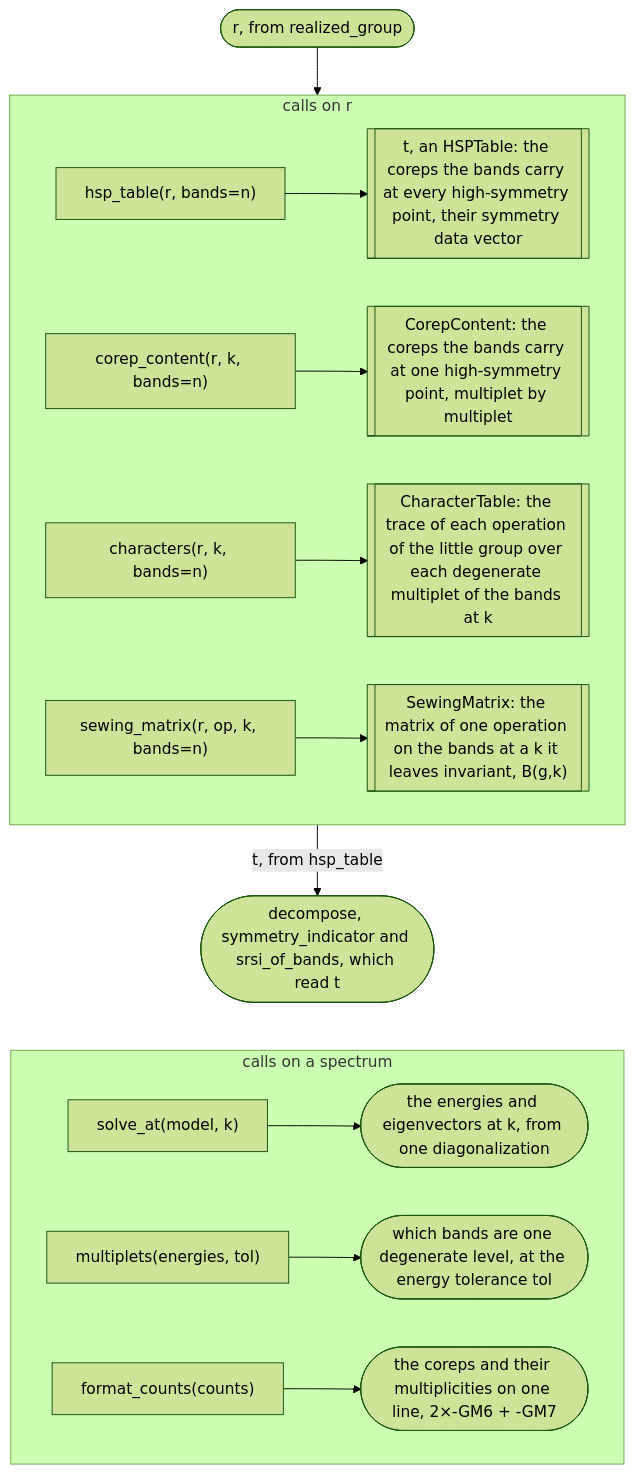
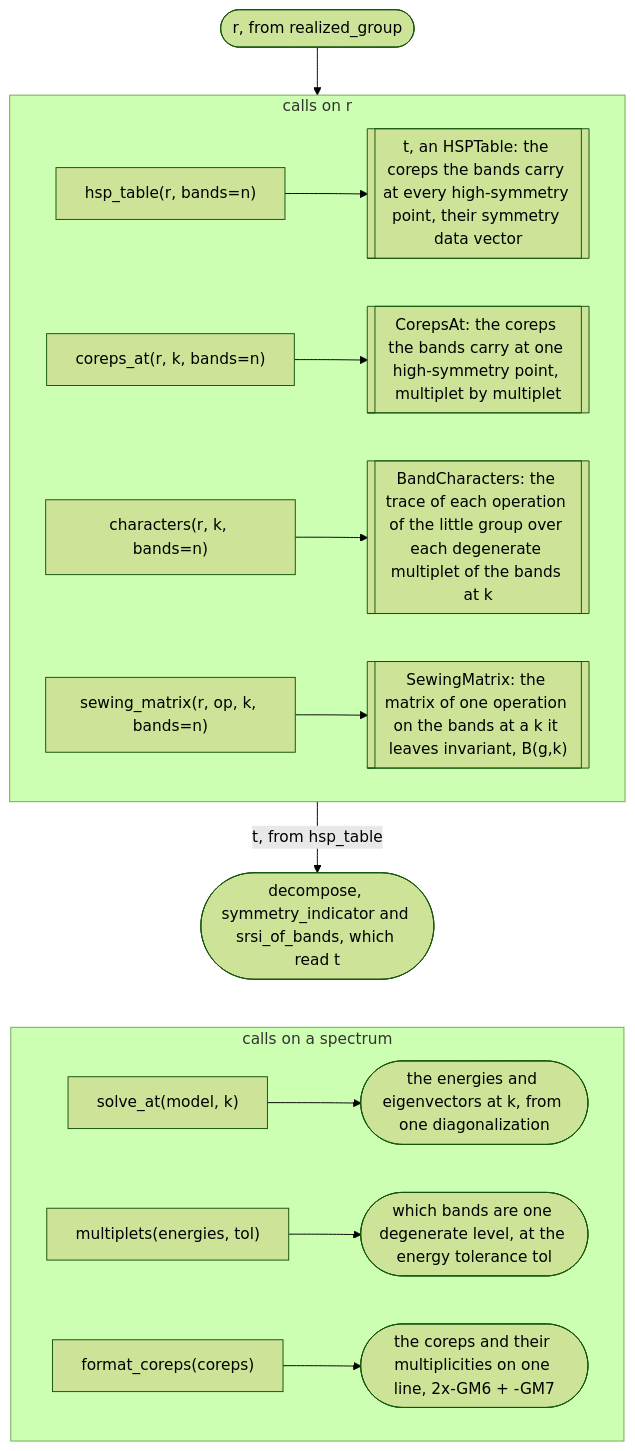
The sixth of 8 diagrams in docs/background/modules.md (bbradlyn/pythtqc), drawn with Mermaid (forest theme) before and after one commit. The commit also changed other lines of this file and 59 other files, not shown here.

First line of the commit message:
pythtqc: the bands at a k-point: coreps_at, a row for each multiplet, and a k-point by its name

````diff
--- a/docs/background/modules.md
+++ b/docs/background/modules.md
@@ -191,24 +191,24 @@
 ```mermaid
 flowchart TD
     w_rep(["r, from realized_group"])
     w_next(["decompose, symmetry_indicator and srsi_of_bands, which read t"])
 
     w_rep --> w_calls
     w_calls -- "t, from hsp_table" --> w_next
     w_next ~~~ w_tools
 
     subgraph w_calls ["calls on r"]
         direction LR
         w_ht["hsp_table(r, bands=n)"] --> w_HT[["t, an HSPTable: the coreps the bands carry at every high-symmetry point, their symmetry data vector"]]
-        w_cc["corep_content(r, k, bands=n)"] --> w_CC[["CorepContent: the coreps the bands carry at one high-symmetry point, multiplet by multiplet"]]
-        w_ch["characters(r, k, bands=n)"] --> w_CT[["CharacterTable: the trace of each operation of the little group over each degenerate multiplet of the bands at k"]]
+        w_cc["coreps_at(r, k, bands=n)"] --> w_CC[["CorepsAt: the coreps the bands carry at one high-symmetry point, multiplet by multiplet"]]
+        w_ch["characters(r, k, bands=n)"] --> w_CT[["BandCharacters: the trace of each operation of the little group over each degenerate multiplet of the bands at k"]]
         w_sm["sewing_matrix(r, op, k, bands=n)"] --> w_SM[["SewingMatrix: the matrix of one operation on the bands at a k it leaves invariant, B(g,k)"]]
     end
 
     subgraph w_tools ["calls on a spectrum"]
         direction LR
         w_solve["solve_at(model, k)"] --> w_solve_out(["the energies and eigenvectors at k, from one diagonalization"])
         w_mult["multiplets(energies, tol)"] --> w_mult_out(["which bands are one degenerate level, at the energy tolerance tol"])
-        w_fmt["format_counts(counts)"] --> w_fmt_out(["the coreps and their multiplicities on one line, 2×-GM6 + -GM7"])
+        w_fmt["format_coreps(coreps)"] --> w_fmt_out(["the coreps and their multiplicities on one line, 2x-GM6 + -GM7"])
     end
 ```
````
